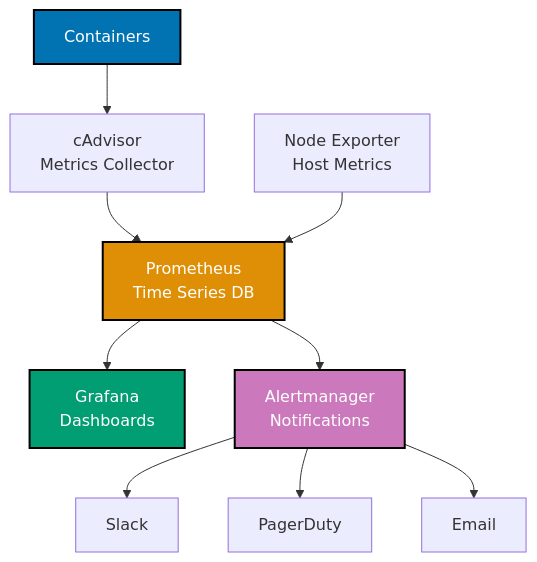
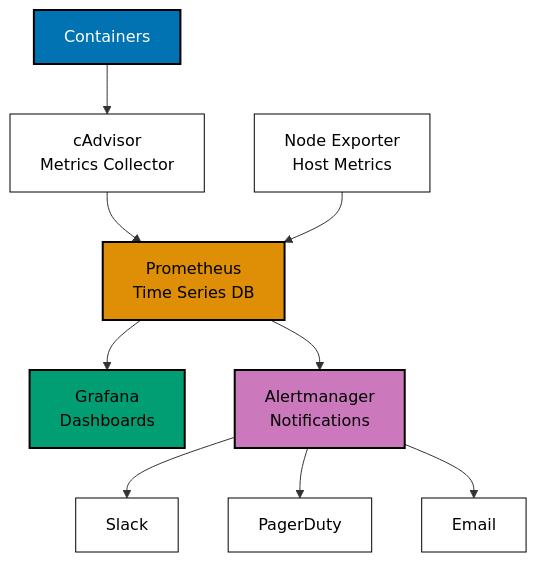
One commit to wahidyankf/ose-public changed diagram 14 of 14 in apps/ayokoding-www/content/en/learn/legacy/software-engineering/infrastructure/tools/docker/by-example/advanced.md. Above: the diagram before and after it, drawn with Mermaid. The commit also changed other lines of this file and 131 other files, not shown here.

First line of the commit message:
fix(mermaid): bring the legacy data, infrastructure, and testing diagrams onto the accessible palette

````diff
--- a/apps/ayokoding-www/content/en/learn/legacy/software-engineering/infrastructure/tools/docker/by-example/advanced.md
+++ b/apps/ayokoding-www/content/en/learn/legacy/software-engineering/infrastructure/tools/docker/by-example/advanced.md
@@ -5282,19 +5365,26 @@
 ```mermaid
 %% Color Palette: Blue #0173B2, Orange #DE8F05, Teal #029E73, Purple #CC78BC, Brown #CA9161
 graph TD
+ accTitle: Example 83: Docker Resource Monitoring with cAdvisor and Prometheus
+ accDescr: Graph with 9 nodes and 8 connections. Nodes: Containers, cAdvisor Metrics Collector, Prometheus Time Series DB, Grafana Dashboards, Alertmanager Notifications, Node Exporter Host Metrics, Slack, PagerDuty, Email. Connections: Containers to cAdvisor Metrics Collector, cAdvisor Metrics Collector to Prometheus Time Series DB, Prometheus Time Series DB to Grafana Dashboards, Prometheus Time Series DB to Alertmanager Notifications, Node Exporter Host Metrics to Prometheus Time Series DB, Alertmanager Notifications to Slack, Alertmanager Notifications to PagerDuty, Alertmanager Notifications to Email.
  A["Containers"] --> B["cAdvisor<br/>Metrics Collector"]
  B --> C["Prometheus<br/>Time Series DB"]
  C --> D["Grafana<br/>Dashboards"]
  C --> E["Alertmanager<br/>Notifications"]
 
  F["Node Exporter<br/>Host Metrics"] --> C
 
  E --> G["Slack"]
  E --> H["PagerDuty"]
  E --> I["Email"]
 
- style A fill:#0173B2,stroke:#000000,stroke-width:2px,color:#fff
- style C fill:#DE8F05,stroke:#000000,stroke-width:2px,color:#fff
- style D fill:#029E73,stroke:#000000,stroke-width:2px,color:#fff
- style E fill:#CC78BC,stroke:#000000,stroke-width:2px,color:#fff
+ classDef pal-0173B2 fill:#0173B2,stroke:#000000,color:#FFFFFF,stroke-width:2px
+ class A pal-0173B2
+ classDef pal-DE8F05 fill:#DE8F05,stroke:#000000,color:#000000,stroke-width:2px
+ class C pal-DE8F05
+ classDef pal-029E73 fill:#029E73,stroke:#000000,color:#000000,stroke-width:2px
+ class D pal-029E73
+ classDef pal-CC78BC fill:#CC78BC,stroke:#000000,color:#000000,stroke-width:2px
+ class E pal-CC78BC
+ classDef default fill:#FFFFFF,stroke:#000000,color:#000000
 ```
````
